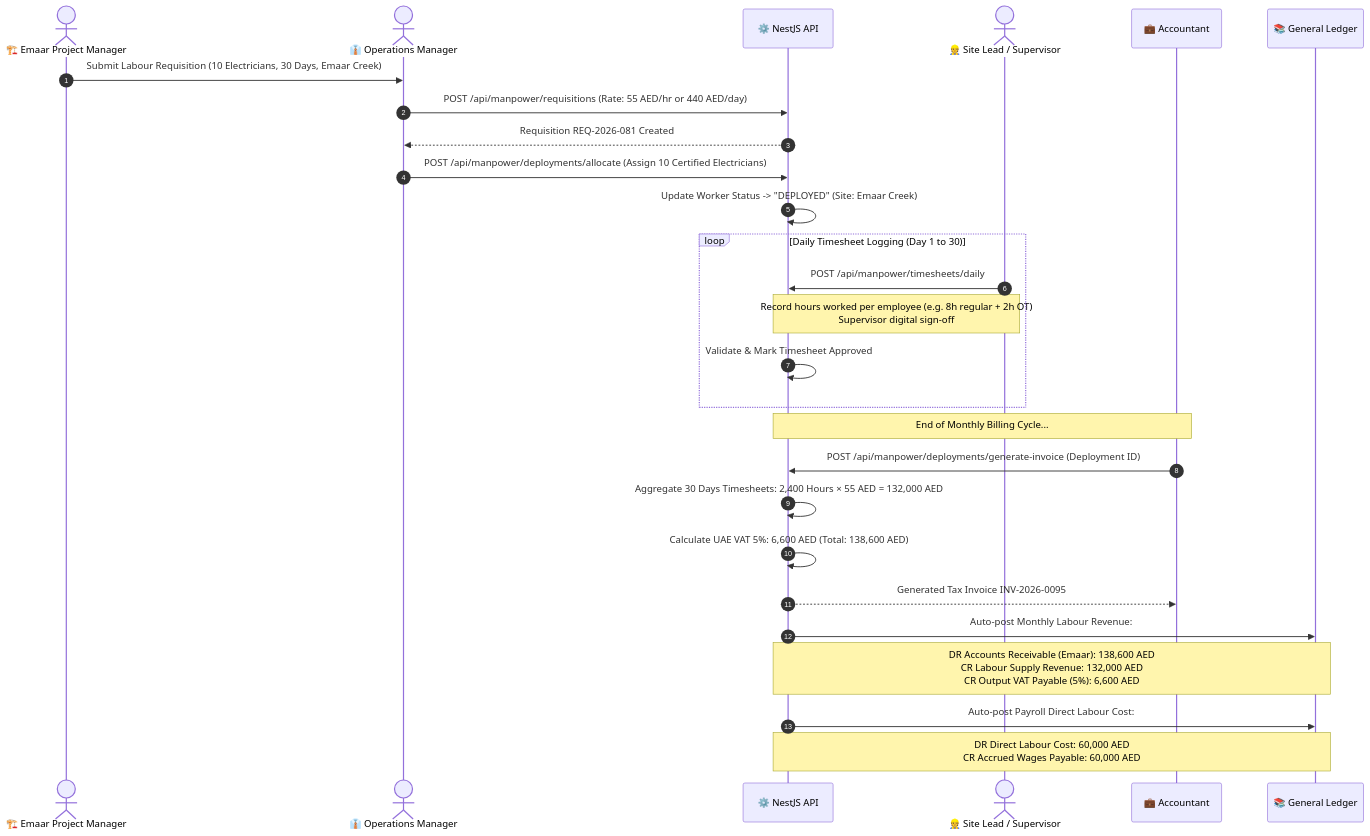
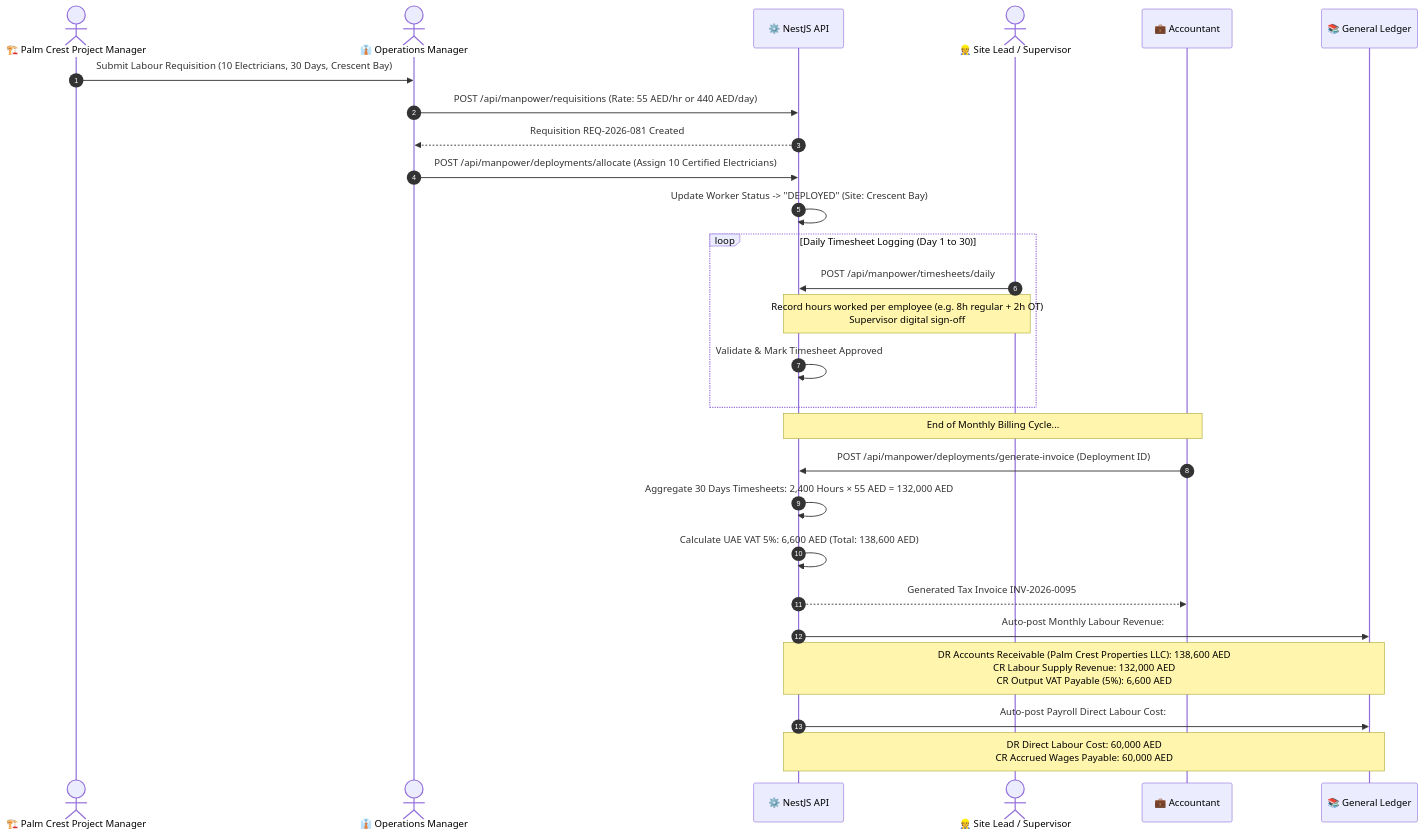
Before and after one commit to i-bnb/FIXnGO: the fourth of 4 diagrams in docs/ARCHITECTURE.md, drawn with Mermaid. The commit also changed other lines of this file and 51 other files, not shown here.

````diff
--- a/docs/ARCHITECTURE.md
+++ b/docs/ARCHITECTURE.md
@@ -204,35 +204,35 @@
 ```mermaid
 sequenceDiagram
     autonumber
-    actor Contractor as 🏗️ Emaar Project Manager
+    actor Contractor as 🏗️ Palm Crest Project Manager
     actor Ops as 👔 Operations Manager
     participant API as ⚙️ NestJS API
     actor Supervisor as 👷 Site Lead / Supervisor
     participant Accountant as 💼 Accountant
     participant Ledger as 📚 General Ledger
 
-    Contractor->>Ops: Submit Labour Requisition (10 Electricians, 30 Days, Emaar Creek)
+    Contractor->>Ops: Submit Labour Requisition (10 Electricians, 30 Days, Crescent Bay)
     Ops->>API: POST /api/manpower/requisitions (Rate: 55 AED/hr or 440 AED/day)
     API-->>Ops: Requisition REQ-2026-081 Created
 
     Ops->>API: POST /api/manpower/deployments/allocate (Assign 10 Certified Electricians)
-    API->>API: Update Worker Status -> "DEPLOYED" (Site: Emaar Creek)
+    API->>API: Update Worker Status -> "DEPLOYED" (Site: Crescent Bay)
 
     loop Daily Timesheet Logging (Day 1 to 30)
         Supervisor->>API: POST /api/manpower/timesheets/daily
         Note over Supervisor, API: Record hours worked per employee (e.g. 8h regular + 2h OT)<br/>Supervisor digital sign-off
         API->>API: Validate & Mark Timesheet Approved
     end
 
     Note over Accountant, API: End of Monthly Billing Cycle...
 
     Accountant->>API: POST /api/manpower/deployments/generate-invoice (Deployment ID)
     API->>API: Aggregate 30 Days Timesheets: 2,400 Hours × 55 AED = 132,000 AED
     API->>API: Calculate UAE VAT 5%: 6,600 AED (Total: 138,600 AED)
     API-->>Accountant: Generated Tax Invoice INV-2026-0095
 
     API->>Ledger: Auto-post Monthly Labour Revenue:
-    Note over API, Ledger: DR Accounts Receivable (Emaar): 138,600 AED<br/>CR Labour Supply Revenue: 132,000 AED<br/>CR Output VAT Payable (5%): 6,600 AED
+    Note over API, Ledger: DR Accounts Receivable (Palm Crest Properties LLC): 138,600 AED<br/>CR Labour Supply Revenue: 132,000 AED<br/>CR Output VAT Payable (5%): 6,600 AED
     API->>Ledger: Auto-post Payroll Direct Labour Cost:
     Note over API, Ledger: DR Direct Labour Cost: 60,000 AED<br/>CR Accrued Wages Payable: 60,000 AED
 ```
````
